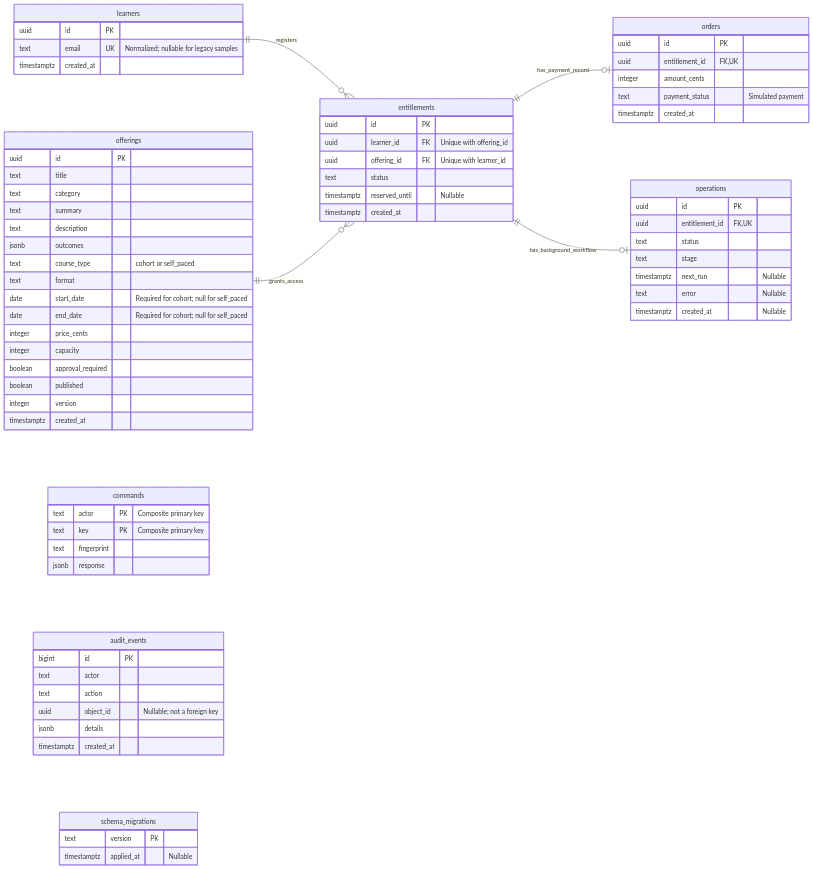
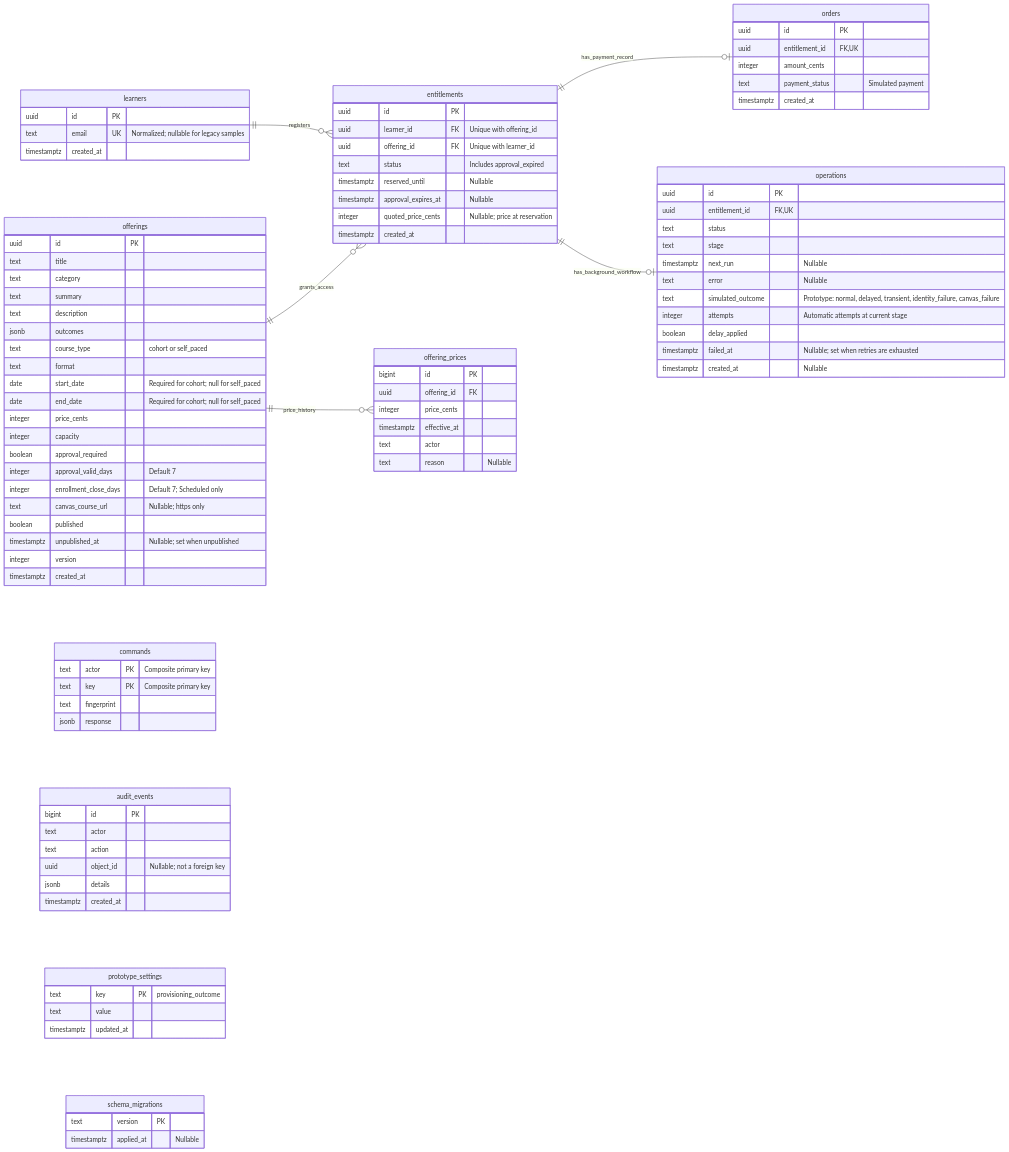
Before and after one commit to dr-grizz/Continuing-Education: the diagram in docs/prototype/database-erd.mmd, drawn with Mermaid. The commit also changed 26 other files, not shown here.

```diff
--- a/docs/prototype/database-erd.mmd
+++ b/docs/prototype/database-erd.mmd
@@ -1,77 +1,102 @@
-%% Actual local PostgreSQL schema, including migration 003, verified on October 1, 2026.
+%% Actual local PostgreSQL schema, including migration 007, verified on October 6, 2026.
+%% offering_prices is append-only (update trigger); rows cascade only when their offering is deleted.
 %% Only enforced foreign-key relationships are drawn.
 %% audit_events.object_id is a polymorphic reference, not an FK.
 %% Entitlements have a composite UNIQUE(learner_id, offering_id).
 %% commands has a composite PRIMARY KEY(actor, key).
 erDiagram
     direction LR
     learners ||--o{ entitlements : registers
     offerings ||--o{ entitlements : grants_access
     entitlements ||--o| orders : has_payment_record
     entitlements ||--o| operations : has_background_workflow
+    offerings ||--o{ offering_prices : price_history
 
     learners {
         uuid id PK
         text email UK "Normalized; nullable for legacy samples"
         timestamptz created_at
     }
     offerings {
         uuid id PK
         text title
         text category
         text summary
         text description
         jsonb outcomes
         text course_type "cohort or self_paced"
         text format
         date start_date "Required for cohort; null for self_paced"
         date end_date "Required for cohort; null for self_paced"
         integer price_cents
         integer capacity
         boolean approval_required
+        integer approval_valid_days "Default 7"
+        integer enrollment_close_days "Default 7; Scheduled only"
+        text canvas_course_url "Nullable; https only"
         boolean published
+        timestamptz unpublished_at "Nullable; set when unpublished"
         integer version
         timestamptz created_at
     }
     entitlements {
         uuid id PK
         uuid learner_id FK "Unique with offering_id"
         uuid offering_id FK "Unique with learner_id"
-        text status
+        text status "Includes approval_expired"
         timestamptz reserved_until "Nullable"
+        timestamptz approval_expires_at "Nullable"
+        integer quoted_price_cents "Nullable; price at reservation"
         timestamptz created_at
     }
     orders {
         uuid id PK
         uuid entitlement_id FK, UK
         integer amount_cents
         text payment_status "Simulated payment"
         timestamptz created_at
     }
     operations {
         uuid id PK
         uuid entitlement_id FK, UK
         text status
         text stage
         timestamptz next_run "Nullable"
         text error "Nullable"
+        text simulated_outcome "Prototype: normal, delayed, transient, identity_failure, canvas_failure"
+        integer attempts "Automatic attempts at current stage"
+        boolean delay_applied
+        timestamptz failed_at "Nullable; set when retries are exhausted"
         timestamptz created_at "Nullable"
     }
     commands {
         text actor PK "Composite primary key"
         text key PK "Composite primary key"
         text fingerprint
         jsonb response
     }
     audit_events {
         bigint id PK
         text actor
         text action
         uuid object_id "Nullable; not a foreign key"
         jsonb details
         timestamptz created_at
     }
+    offering_prices {
+        bigint id PK
+        uuid offering_id FK
+        integer price_cents
+        timestamptz effective_at
+        text actor
+        text reason "Nullable"
+    }
+    prototype_settings {
+        text key PK "provisioning_outcome"
+        text value
+        timestamptz updated_at
+    }
     schema_migrations {
         text version PK
         timestamptz applied_at "Nullable"
     }
```
